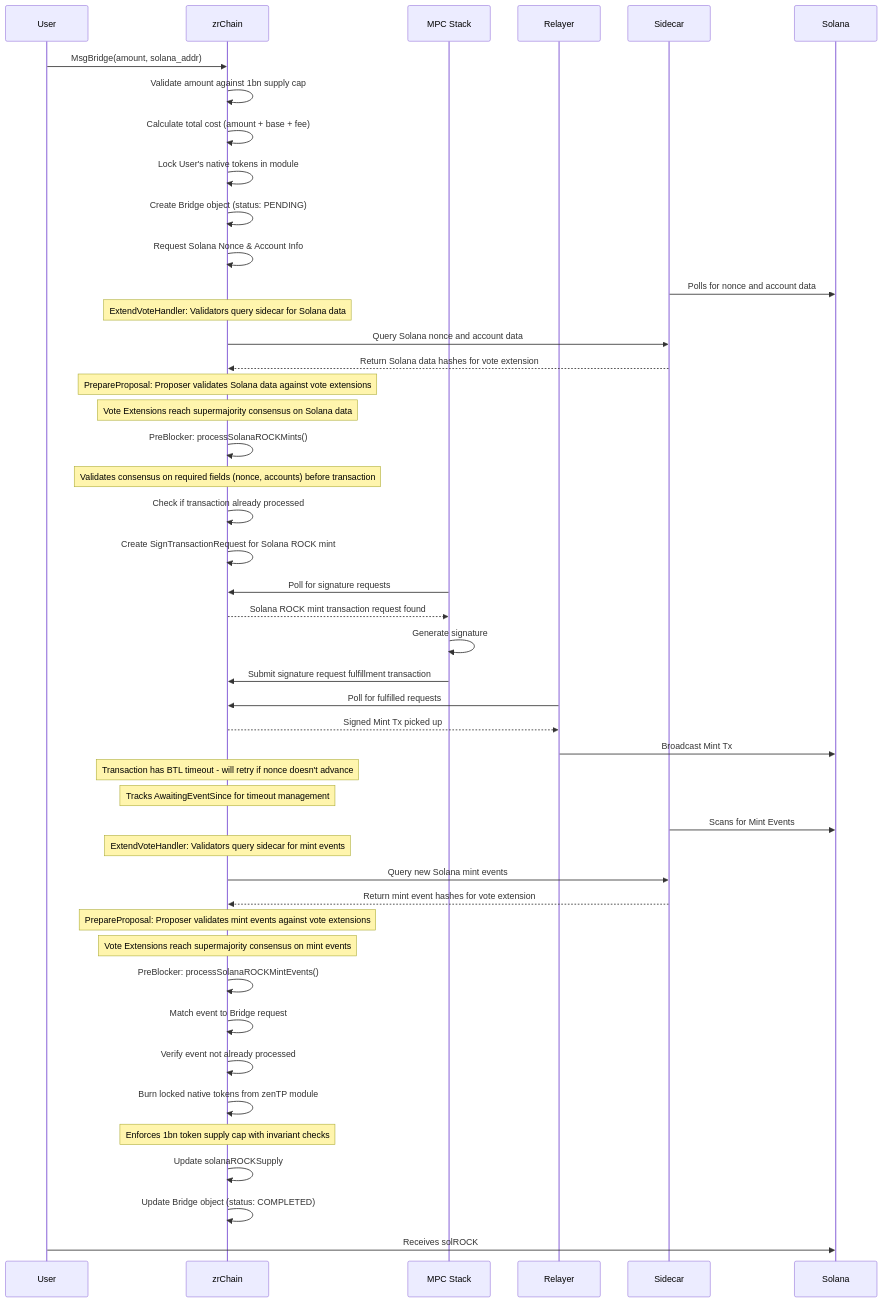
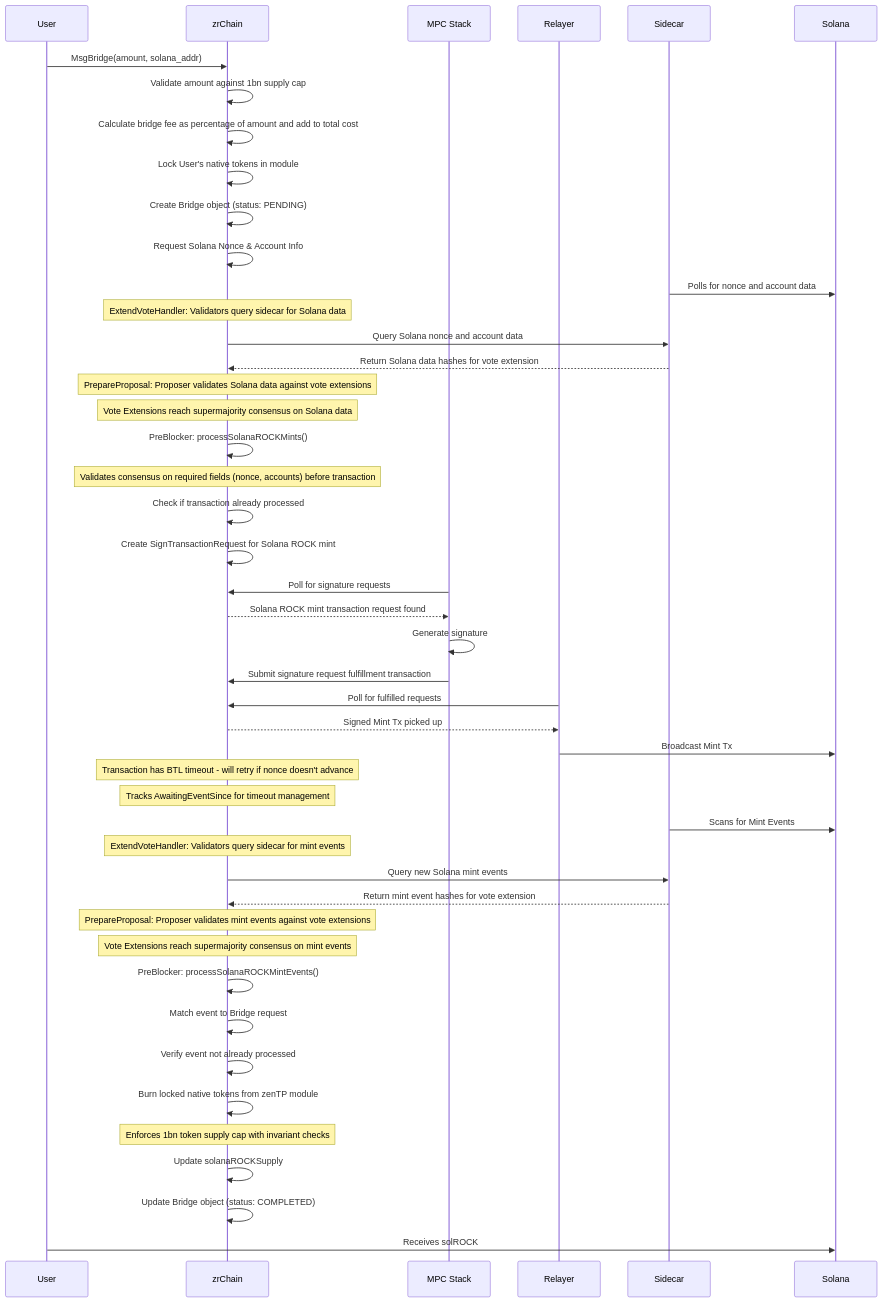
The third of 4 diagrams in docs/README.md (zenrocklabs/zrchain), drawn with Mermaid before and after one commit. The commit also changed other lines of this file, not shown here.

````diff
--- a/docs/README.md
+++ b/docs/README.md
@@ -315,51 +317,51 @@
 ```mermaid
 sequenceDiagram
     participant User
     participant zrChain
     participant MPC Stack
     participant Relayer
     participant Sidecar
     participant Solana
 
     User->>zrChain: MsgBridge(amount, solana_addr)
     zrChain->>zrChain: Validate amount against 1bn supply cap
-    zrChain->>zrChain: Calculate total cost (amount + base + fee)
+    zrChain->>zrChain: Calculate bridge fee as percentage of amount and add to total cost
     zrChain->>zrChain: Lock User's native tokens in module
     zrChain->>zrChain: Create Bridge object (status: PENDING)
     zrChain->>zrChain: Request Solana Nonce & Account Info
 
     Sidecar->>Solana: Polls for nonce and account data
     Note over zrChain: ExtendVoteHandler: Validators query sidecar for Solana data
     zrChain->>Sidecar: Query Solana nonce and account data
     Sidecar-->>zrChain: Return Solana data hashes for vote extension
     Note over zrChain: PrepareProposal: Proposer validates Solana data against vote extensions
     Note over zrChain: Vote Extensions reach supermajority consensus on Solana data
     zrChain->>zrChain: PreBlocker: processSolanaROCKMints()
     Note over zrChain: Validates consensus on required fields (nonce, accounts) before transaction
     zrChain->>zrChain: Check if transaction already processed
     zrChain->>zrChain: Create SignTransactionRequest for Solana ROCK mint
     MPC Stack->>zrChain: Poll for signature requests
     zrChain-->>MPC Stack: Solana ROCK mint transaction request found
     MPC Stack->>MPC Stack: Generate signature
     MPC Stack->>zrChain: Submit signature request fulfillment transaction
     Relayer->>zrChain: Poll for fulfilled requests
     zrChain-->>Relayer: Signed Mint Tx picked up
     Relayer->>Solana: Broadcast Mint Tx
     Note over zrChain: Transaction has BTL timeout - will retry if nonce doesn't advance
     Note over zrChain: Tracks AwaitingEventSince for timeout management
 
     Sidecar->>Solana: Scans for Mint Events
     Note over zrChain: ExtendVoteHandler: Validators query sidecar for mint events
     zrChain->>Sidecar: Query new Solana mint events
     Sidecar-->>zrChain: Return mint event hashes for vote extension
     Note over zrChain: PrepareProposal: Proposer validates mint events against vote extensions
     Note over zrChain: Vote Extensions reach supermajority consensus on mint events
     zrChain->>zrChain: PreBlocker: processSolanaROCKMintEvents()
     zrChain->>zrChain: Match event to Bridge request
     zrChain->>zrChain: Verify event not already processed
     zrChain->>zrChain: Burn locked native tokens from zenTP module
     Note over zrChain: Enforces 1bn token supply cap with invariant checks
     zrChain->>zrChain: Update solanaROCKSupply
     zrChain->>zrChain: Update Bridge object (status: COMPLETED)
     User->>Solana: Receives solROCK
 ```
````
